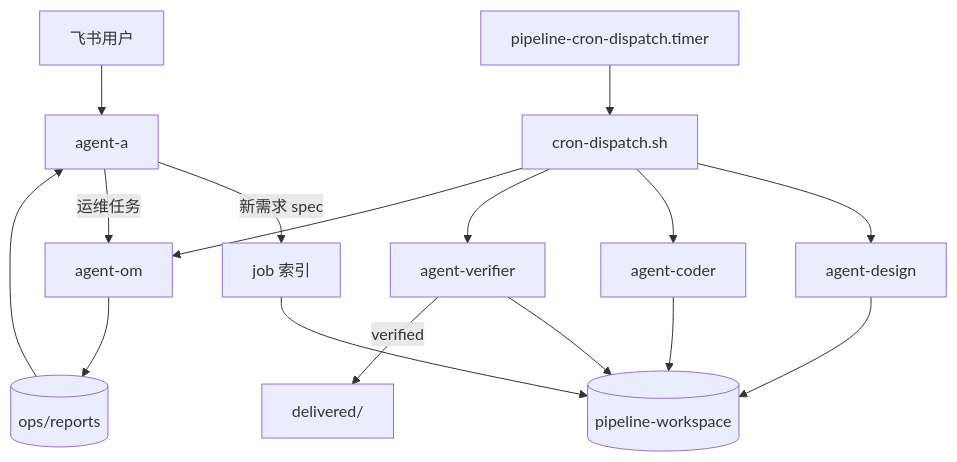
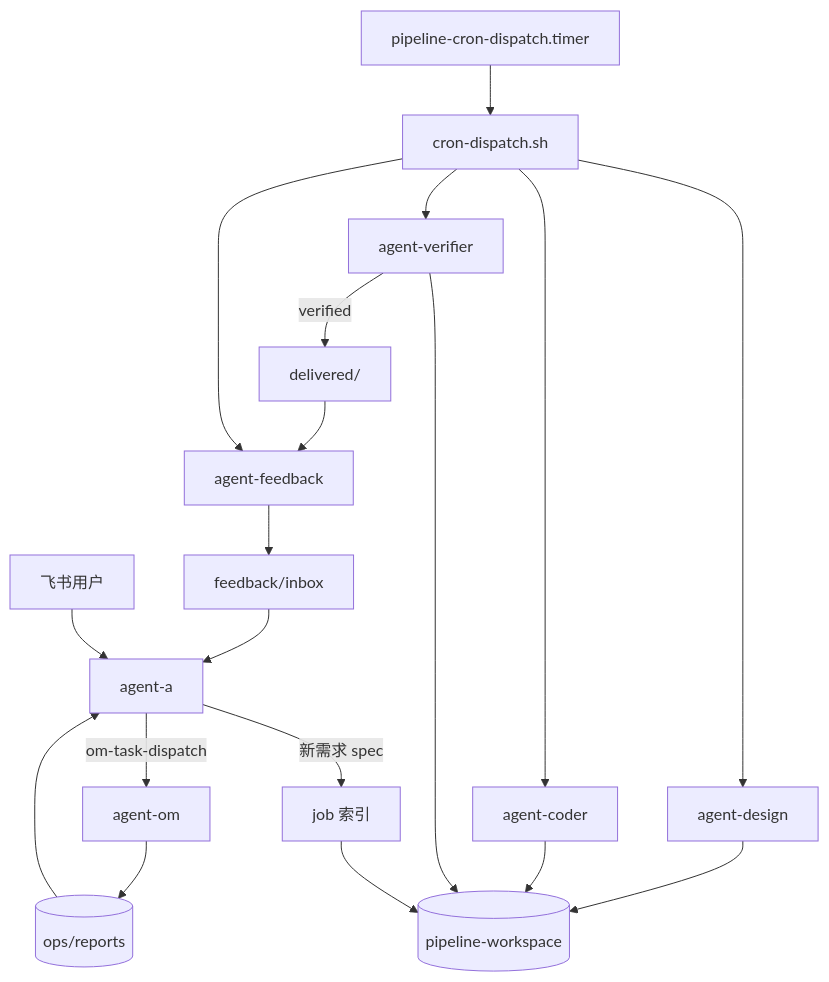
Before and after one commit to wmx-poe/test-pipeline: the first of 5 diagrams in README.md, drawn with Mermaid. The commit also changed other lines of this file and 27 other files, not shown here.

````diff
--- a/README.md
+++ b/README.md
@@ -20,18 +44,21 @@
 ```mermaid
 flowchart TB
   User[飞书用户] --> A[agent-a]
   A -->|新需求 spec| Q[job 索引]
-  A -->|运维任务| OM[agent-om]
+  A -->|om-task-dispatch| OM[agent-om]
   Timer[pipeline-cron-dispatch.timer] --> D[cron-dispatch.sh]
   D --> Design[agent-design]
   D --> Coder[agent-coder]
   D --> Verifier[agent-verifier]
-  D --> OM
+  D --> FB[agent-feedback]
   Q --> WS[(pipeline-workspace)]
   Design --> WS
   Coder --> WS
   Verifier --> WS
+  FB --> Inbox[feedback/inbox]
+  Inbox --> A
   OM --> Ops[(ops/reports)]
   Ops --> A
   Verifier -->|verified| Del[delivered/]
+  Del --> FB
 ```
````
